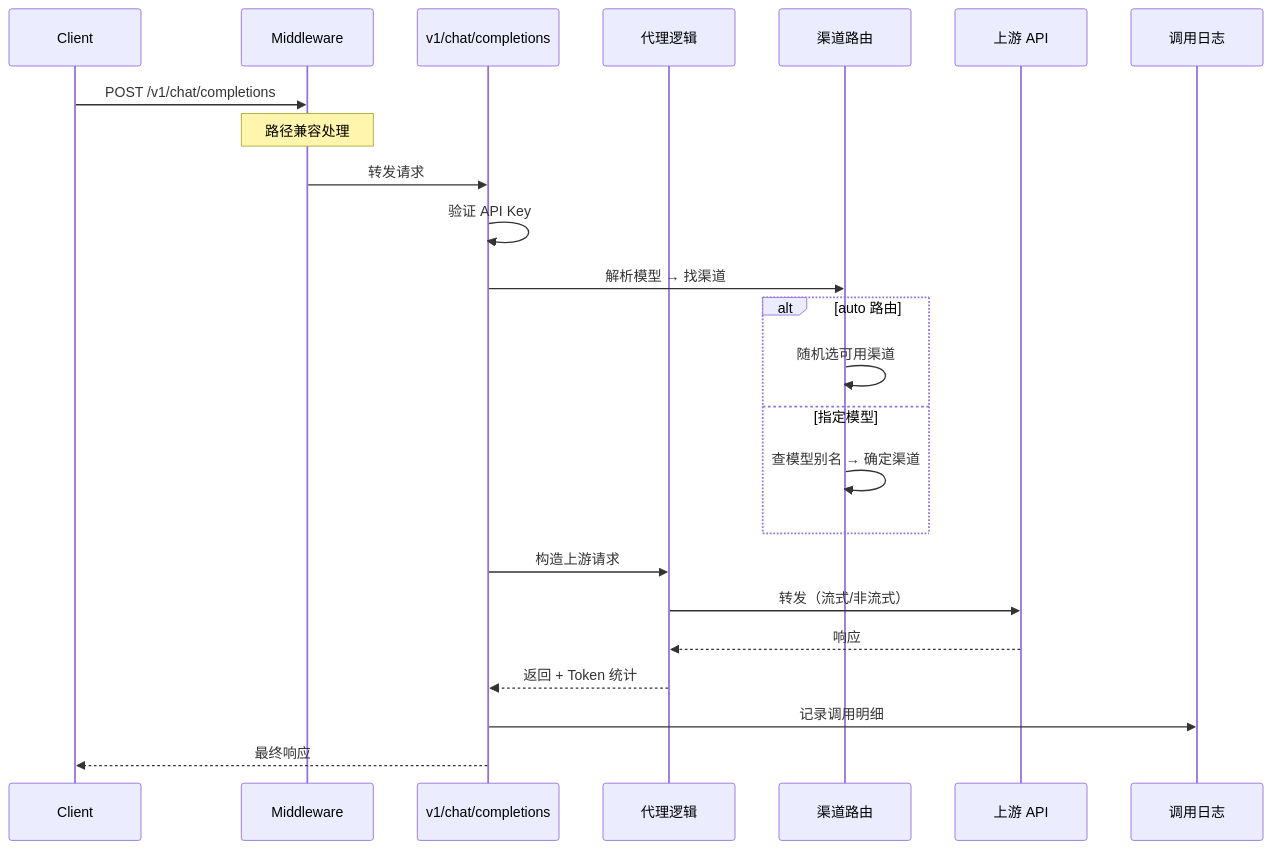
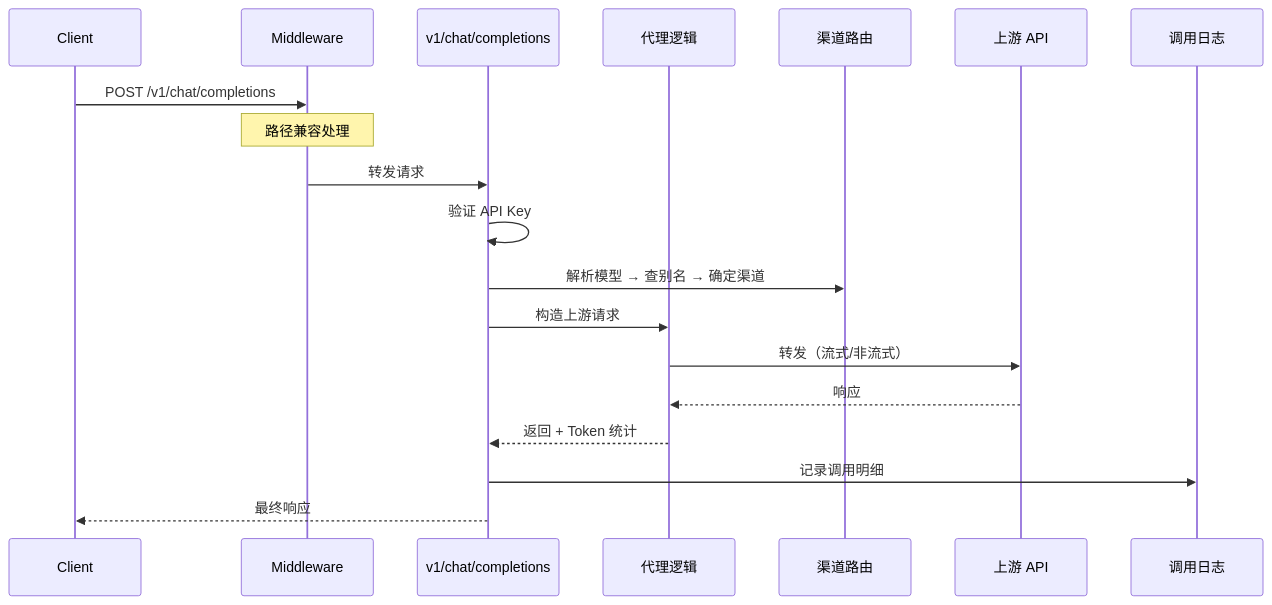
The second of 2 diagrams in README.md (super-mortal/mortal-api), drawn with Mermaid before and after one commit. The commit also changed other lines of this file, not shown here.

Commit message:
docs: restyle README, add logo, remove auto routing, add blog link

````diff
--- a/README.md
+++ b/README.md
@@ -98,27 +106,22 @@
 ```mermaid
 sequenceDiagram
     participant C as Client
     participant MW as Middleware
     participant CC as v1/chat/completions
     participant Proxy as 代理逻辑
     participant Channels as 渠道路由
     participant Provider as 上游 API
     participant Logs as 调用日志
 
     C->>MW: POST /v1/chat/completions
     Note over MW: 路径兼容处理
     MW->>CC: 转发请求
     CC->>CC: 验证 API Key
-    CC->>Channels: 解析模型 → 找渠道
-    alt auto 路由
-        Channels->>Channels: 随机选可用渠道
-    else 指定模型
-        Channels->>Channels: 查模型别名 → 确定渠道
-    end
+    CC->>Channels: 解析模型 → 查别名 → 确定渠道
     CC->>Proxy: 构造上游请求
     Proxy->>Provider: 转发（流式/非流式）
     Provider-->>Proxy: 响应
     Proxy-->>CC: 返回 + Token 统计
     CC->>Logs: 记录调用明细
     CC-->>C: 最终响应
 ```
````
